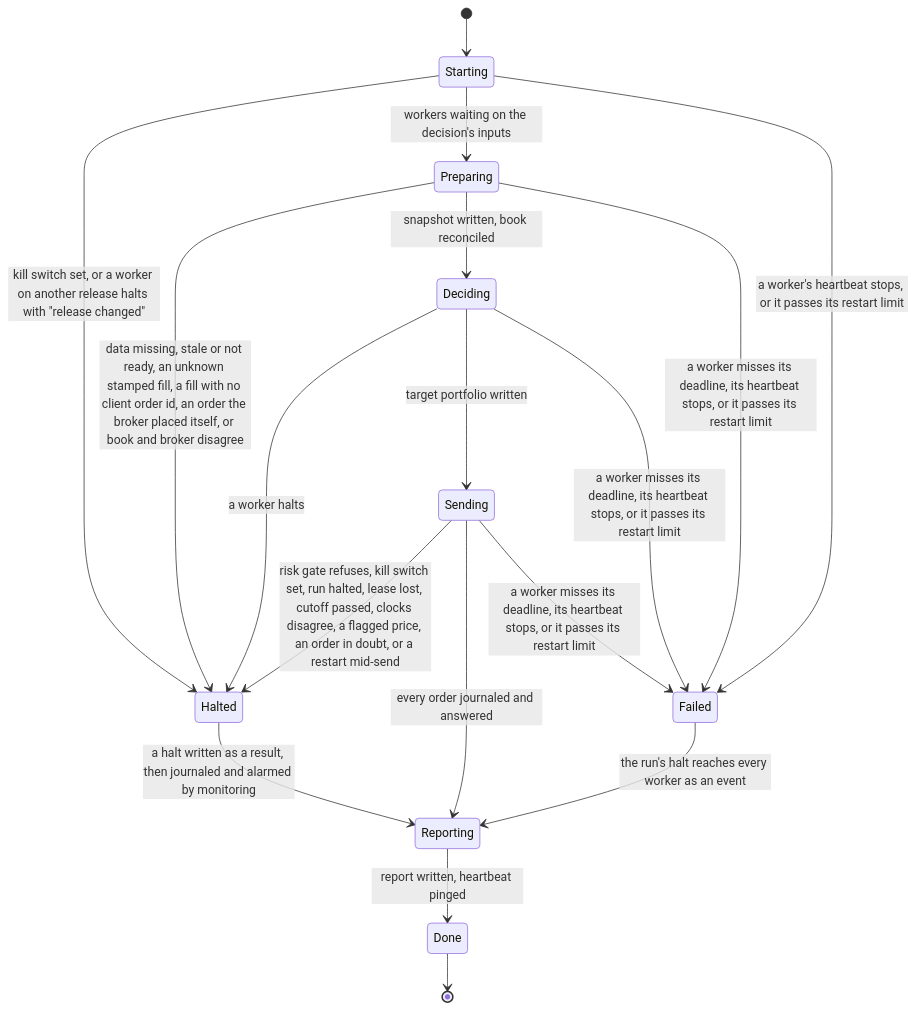
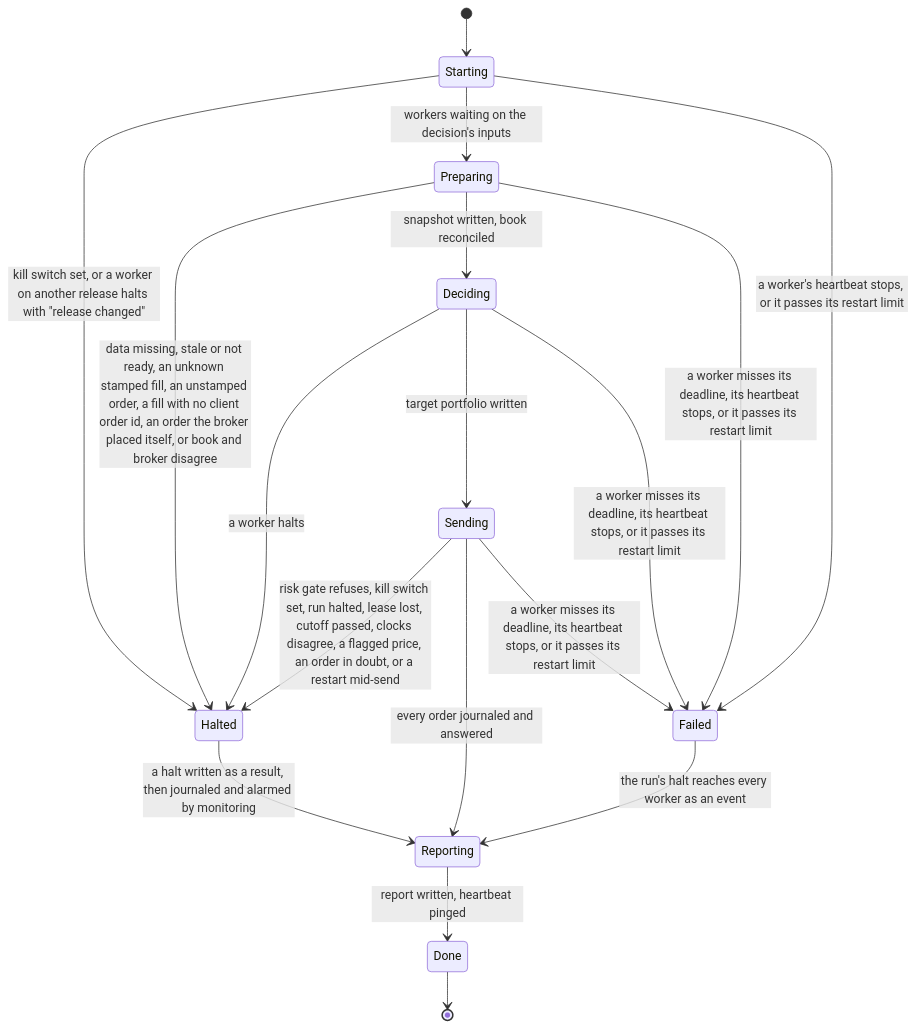
Before and after one commit to l3a0/ithildin-runtime: diagram 13 of 16 in docs/architecture.md, drawn with Mermaid. The commit also changed other lines of this file and 1 other file, not shown here.

First line of the commit message:
docs: halt on an unstamped order in the platform's account, and keep hand trades out of the strategies' instruments

````diff
--- a/docs/architecture.md
+++ b/docs/architecture.md
@@ -1543,20 +1543,20 @@
 ```mermaid
 stateDiagram-v2
     [*] --> Starting
     Starting --> Halted: kill switch set, or a worker on another release halts with "release changed"
     Starting --> Preparing: workers waiting on the decision's inputs
-    Preparing --> Halted: data missing, stale or not ready, an unknown stamped fill, a fill with no client order id, an order the broker placed itself, or book and broker disagree
+    Preparing --> Halted: data missing, stale or not ready, an unknown stamped fill, an unstamped order, a fill with no client order id, an order the broker placed itself, or book and broker disagree
     Preparing --> Deciding: snapshot written, book reconciled
     Deciding --> Halted: a worker halts
     Deciding --> Sending: target portfolio written
     Sending --> Halted: risk gate refuses, kill switch set, run halted, lease lost, cutoff passed, clocks disagree, a flagged price, an order in doubt, or a restart mid-send
     Sending --> Reporting: every order journaled and answered
     Halted --> Reporting: a halt written as a result, then journaled and alarmed by monitoring
     Reporting --> Done: report written, heartbeat pinged
     Done --> [*]
     Starting --> Failed: a worker's heartbeat stops, or it passes its restart limit
     Preparing --> Failed: a worker misses its deadline, its heartbeat stops, or it passes its restart limit
     Deciding --> Failed: a worker misses its deadline, its heartbeat stops, or it passes its restart limit
     Sending --> Failed: a worker misses its deadline, its heartbeat stops, or it passes its restart limit
     Failed --> Reporting: the run's halt reaches every worker as an event
 ```
````
